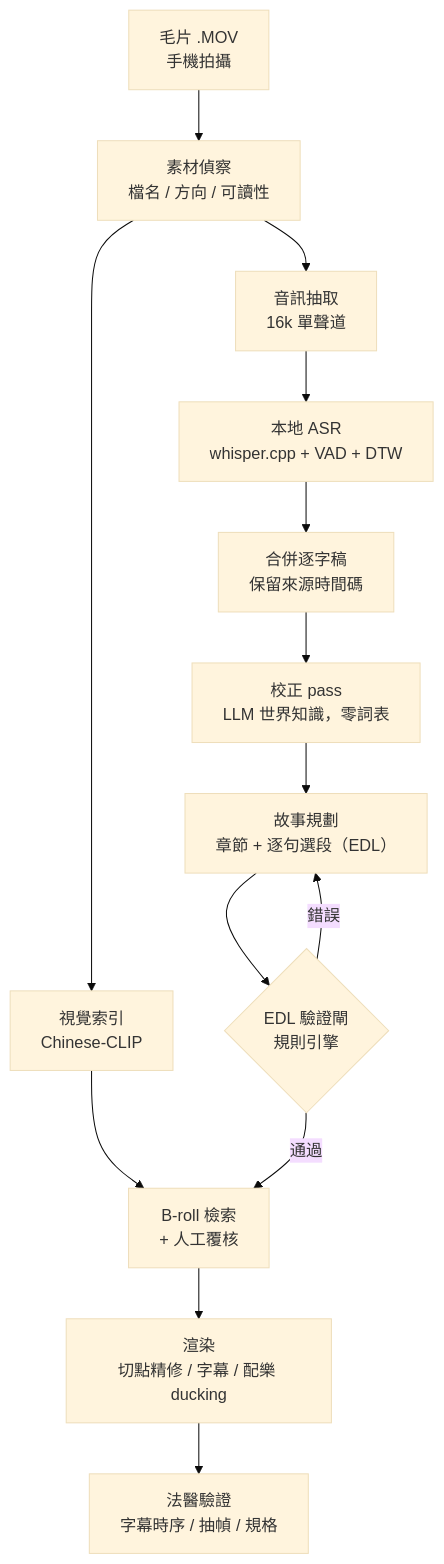
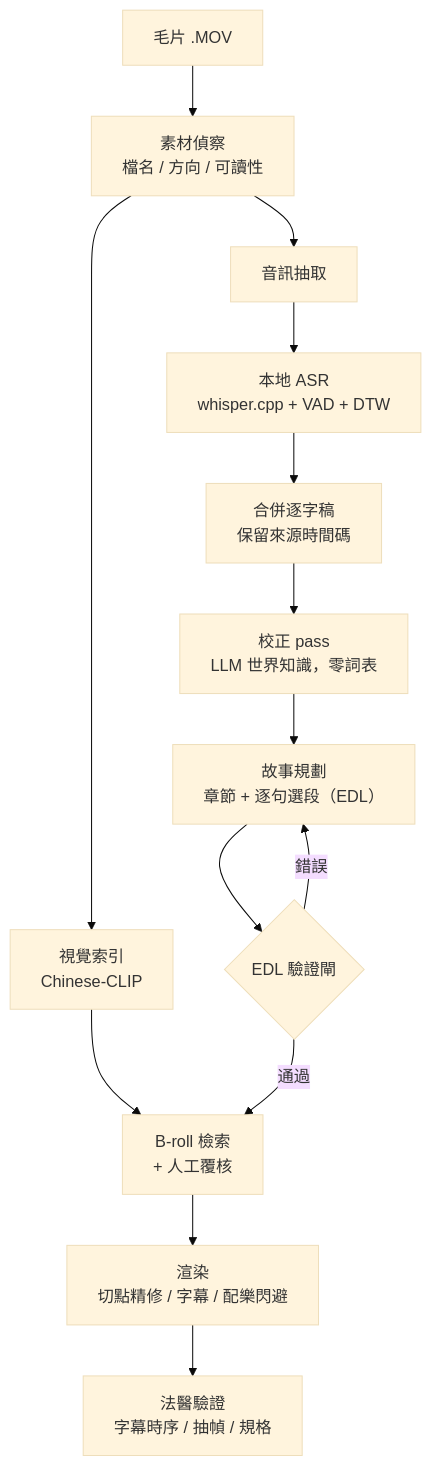
Before and after one commit to leoai123/vediocut-case-study: the diagram in README.md, drawn with Mermaid (base theme). The commit also changed other lines of this file and 49 other files, not shown here.

````diff
--- a/README.md
+++ b/README.md
@@ -35,16 +166,16 @@
 ```mermaid
 flowchart TD
-    A["毛片 .MOV<br/>手機拍攝"] --> B["素材偵察<br/>檔名 / 方向 / 可讀性"]
-    B --> C["音訊抽取<br/>16k 單聲道"]
+    A["毛片 .MOV"] --> B["素材偵察<br/>檔名 / 方向 / 可讀性"]
+    B --> C["音訊抽取"]
     C --> D["本地 ASR<br/>whisper.cpp + VAD + DTW"]
     D --> E["合併逐字稿<br/>保留來源時間碼"]
     E --> F["校正 pass<br/>LLM 世界知識，零詞表"]
     F --> G["故事規劃<br/>章節 + 逐句選段（EDL）"]
     B --> H["視覺索引<br/>Chinese-CLIP"]
-    G --> I{"EDL 驗證閘<br/>規則引擎"}
+    G --> I{"EDL 驗證閘"}
     H --> J["B-roll 檢索<br/>+ 人工覆核"]
     I -->|通過| J
     I -->|錯誤| G
-    J --> K["渲染<br/>切點精修 / 字幕 / 配樂 ducking"]
+    J --> K["渲染<br/>切點精修 / 字幕 / 配樂閃避"]
     K --> L["法醫驗證<br/>字幕時序 / 抽幀 / 規格"]
 ```
````
